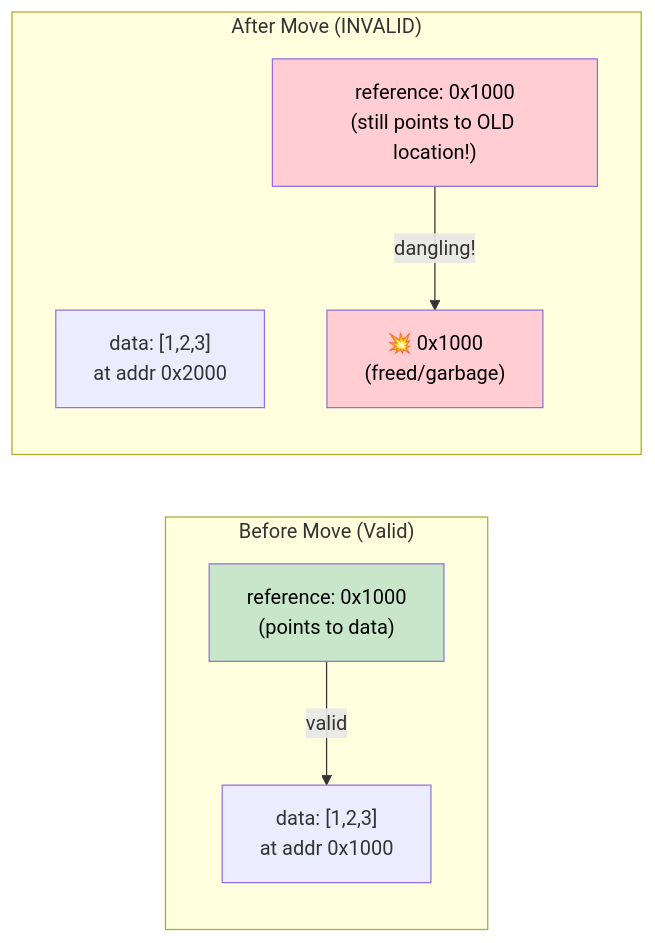
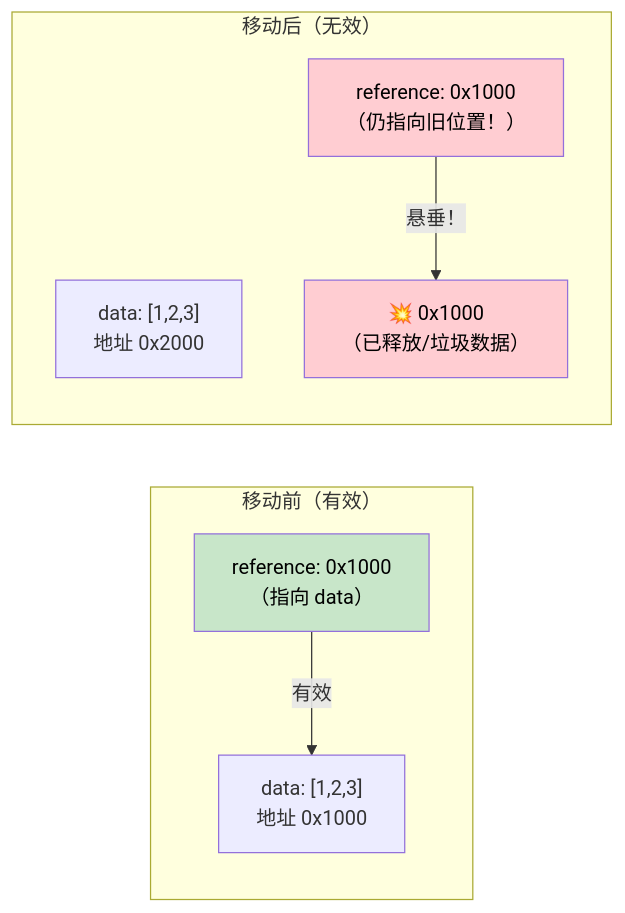
The diagram in async-book/src-zh/ch04-pin-and-unpin.md (hearsay316/RustTraining), drawn with Mermaid before and after one commit. The commit also changed other lines of this file and 18 other files, not shown here.

````diff
--- a/async-book/src-zh/ch04-pin-and-unpin.md
+++ b/async-book/src-zh/ch04-pin-and-unpin.md
@@ -40,18 +40,18 @@
 ```mermaid
 graph LR
-    subgraph "Before Move (Valid)"
-        A["data: [1,2,3]<br/>at addr 0x1000"]
-        B["reference: 0x1000<br/>(points to data)"]
-        B -->|"valid"| A
+    subgraph "移动前（有效）"
+        A["data: [1,2,3]<br/>地址 0x1000"]
+        B["reference: 0x1000<br/>（指向 data）"]
+        B -->|"有效"| A
     end
 
-    subgraph "After Move (INVALID)"
-        C["data: [1,2,3]<br/>at addr 0x2000"]
-        D["reference: 0x1000<br/>(still points to OLD location!)"]
-        D -->|"dangling!"| E["💥 0x1000<br/>(freed/garbage)"]
+    subgraph "移动后（无效）"
+        C["data: [1,2,3]<br/>地址 0x2000"]
+        D["reference: 0x1000<br/>（仍指向旧位置！）"]
+        D -->|"悬垂！"| E["💥 0x1000<br/>（已释放/垃圾数据）"]
     end
 
     style E fill:#ffcdd2,color:#000
     style D fill:#ffcdd2,color:#000
     style B fill:#c8e6c9,color:#000
 ```
````
